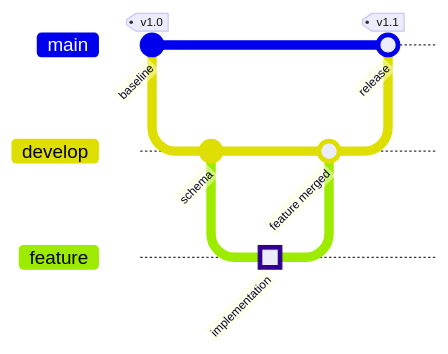
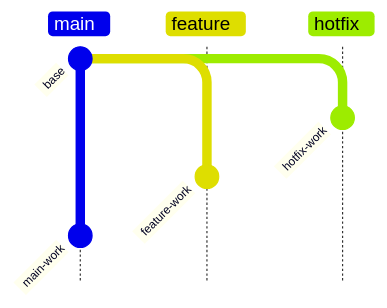
Before and after one commit to mols3131d/mols-agent-assets: the second of 3 diagrams in src/rulesync/.rulesync/skills/mols-mermaid-diagram/references/examples/git-graph.md, drawn with Mermaid. The commit also changed other lines of this file and 27 other files, not shown here.

Commit message:
docs(mermaid): diagram examples 단계별 고도화

````diff
--- a/src/rulesync/.rulesync/skills/mols-mermaid-diagram/references/examples/git-graph.md
+++ b/src/rulesync/.rulesync/skills/mols-mermaid-diagram/references/examples/git-graph.md
@@ -19,14 +39,11 @@
 ```mermaid
-gitGraph LR:
-    commit id: "baseline" tag: "v1.0"
-    branch develop order: 2
-    checkout develop
-    commit id: "schema"
-    branch feature order: 3
-    checkout feature
-    commit id: "implementation" type: HIGHLIGHT
-    checkout develop
-    merge feature id: "feature merged"
+gitGraph TB:
+    commit id: "base"
+    branch hotfix order: 2
+    commit id: "hotfix-work"
     checkout main
-    merge develop id: "release" tag: "v1.1"
+    branch feature order: 1
+    commit id: "feature-work"
+    checkout main
+    commit id: "main-work"
 ```
````
